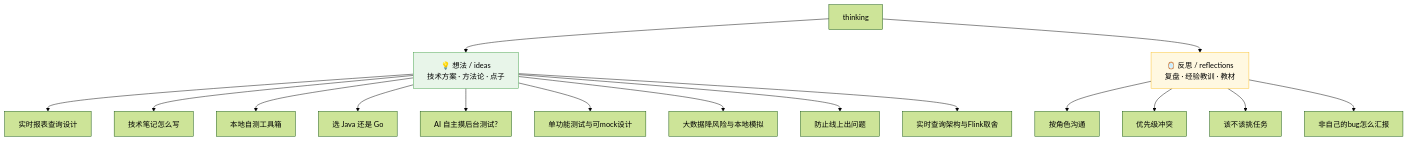
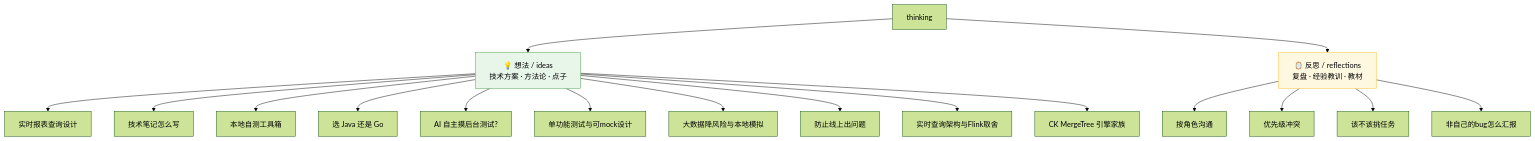
One commit to yishengyuan/thinking changed the first of 2 diagrams in docs/README.md. Above: the diagram before and after it, drawn with Mermaid (forest theme). The commit also changed other lines of this file and 2 other files, not shown here.

Commit message:
docs: 新增 ClickHouse MergeTree 引擎家族对比 + GitHub Pages(just-the-docs)配置
- ClickHouse-MergeTree引擎家族区别:决策图+对比表,核心=merge时对相同排序键的行怎么处理
  (MergeTree/Replacing/Summing/Aggregating/Collapsing/Versioned),含查询端FINAL/-Merge兜口径
- 为大盘说明为何用AggregatingMergeTree而非Summing(多指标+State可rollup)
- 新增 docs/_config.yml:just-the-docs 主题 + mermaid 渲染,供 GitHub Pages 使用
- README 索引补一行

````diff
--- a/docs/README.md
+++ b/docs/README.md
@@ -6,24 +6,25 @@
 ```mermaid
 flowchart TD
     ROOT[thinking]
     ROOT --> IDEA[💡 想法 / ideas<br/>技术方案 · 方法论 · 点子]
     ROOT --> REF[🪞 反思 / reflections<br/>复盘 · 经验教训 · 教材]
 
     IDEA --> I1[实时报表查询设计]
     IDEA --> I2[技术笔记怎么写]
     IDEA --> I3[本地自测工具箱]
     IDEA --> I4[选 Java 还是 Go]
     IDEA --> I5[AI 自主摸后台测试?]
     IDEA --> I6[单功能测试与可mock设计]
     IDEA --> I7[大数据降风险与本地模拟]
     IDEA --> I8[防止线上出问题]
     IDEA --> I9[实时查询架构与Flink取舍]
+    IDEA --> I10[CK MergeTree 引擎家族]
 
     REF --> R1[按角色沟通]
     REF --> R2[优先级冲突]
     REF --> R3[该不该挑任务]
     REF --> R4[非自己的bug怎么汇报]
 
     style IDEA fill:#e8f5e9,stroke:#43a047
     style REF fill:#fff8e1,stroke:#fbc02d
 ```
````
